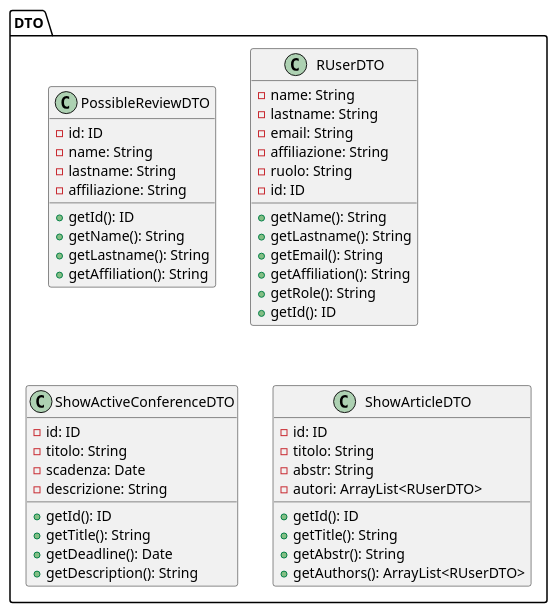
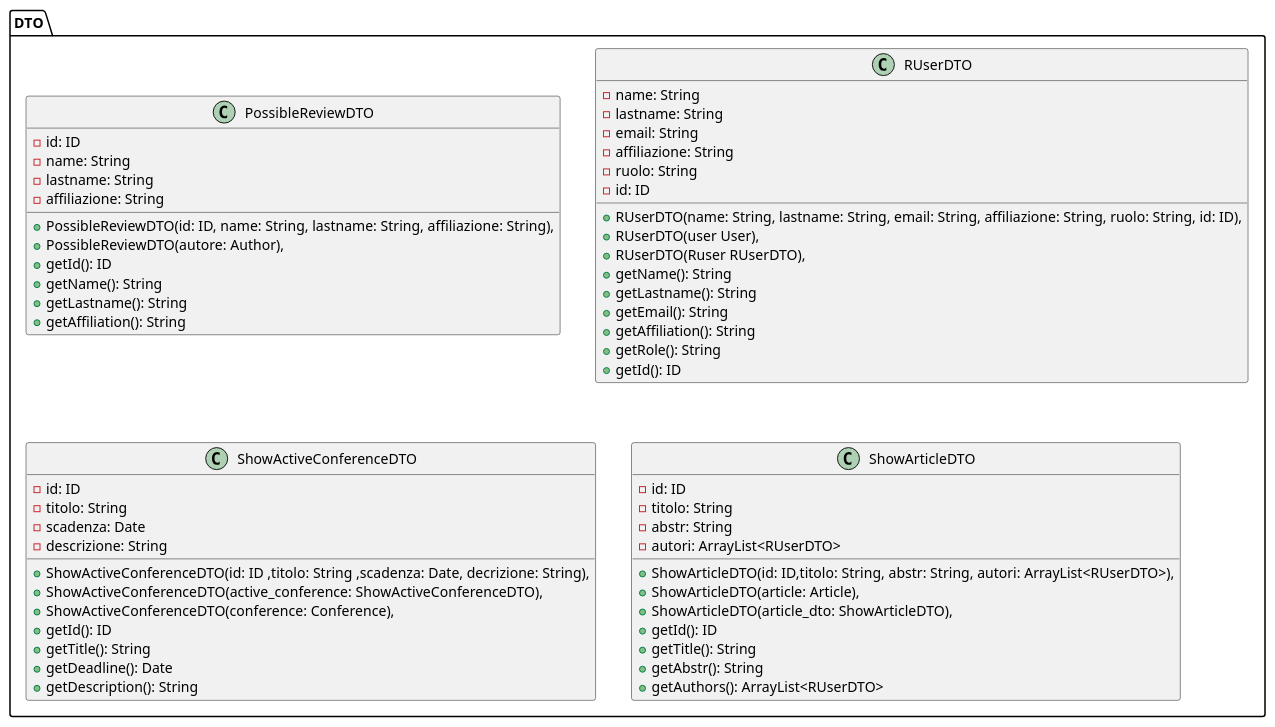
The diagram in VisualParadigm/diagramma_prg_dto.puml (Air4x/Progetto_ISW), drawn with PlantUML before and after one commit. The commit also changed 2 other files, not shown here.

Commit message:
Aggiornati diagrammi di progettazione dei vari package

```diff
--- a/VisualParadigm/diagramma_prg_dto.puml
+++ b/VisualParadigm/diagramma_prg_dto.puml
@@ -1,53 +1,64 @@
 @startuml
 package DTO{
 
     class PossibleReviewDTO {
         - id: ID 
         - name: String
         - lastname: String
         - affiliazione: String
+        + PossibleReviewDTO(id: ID, name: String, lastname: String, affiliazione: String),
+        + PossibleReviewDTO(autore: Author),
         + getId(): ID
         + getName(): String
         + getLastname(): String
         + getAffiliation(): String
     }
 
     class RUserDTO {
         - name: String
         - lastname: String
         - email: String
         - affiliazione: String
         - ruolo: String
         - id: ID
+        + RUserDTO(name: String, lastname: String, email: String, affiliazione: String, ruolo: String, id: ID),
+        + RUserDTO(user User),
+        + RUserDTO(Ruser RUserDTO),
         + getName(): String
         + getLastname(): String
         + getEmail(): String
         + getAffiliation(): String
         + getRole(): String
         + getId(): ID
     }
 
     class ShowActiveConferenceDTO {
         - id: ID 
         - titolo: String
         - scadenza: Date
         - descrizione: String
+        + ShowActiveConferenceDTO(id: ID ,titolo: String ,scadenza: Date, decrizione: String),
+        + ShowActiveConferenceDTO(active_conference: ShowActiveConferenceDTO),
+        + ShowActiveConferenceDTO(conference: Conference),
         + getId(): ID
         + getTitle(): String
         + getDeadline(): Date
         + getDescription(): String
     }
 
     class ShowArticleDTO {
         - id: ID 
         - titolo: String
         - abstr: String
         - autori: ArrayList<RUserDTO>
+        + ShowArticleDTO(id: ID,titolo: String, abstr: String, autori: ArrayList<RUserDTO>),
+        + ShowArticleDTO(article: Article),
+        + ShowArticleDTO(article_dto: ShowArticleDTO),
         + getId(): ID
         + getTitle(): String
         + getAbstr(): String
-        +getAuthors(): ArrayList<RUserDTO>
+        + getAuthors(): ArrayList<RUserDTO>
     }
 
 }
 @enduml
```
